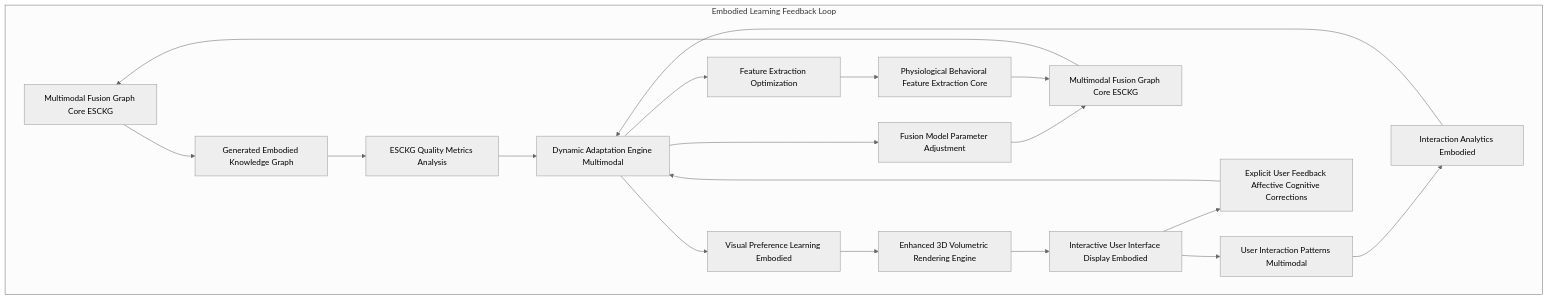
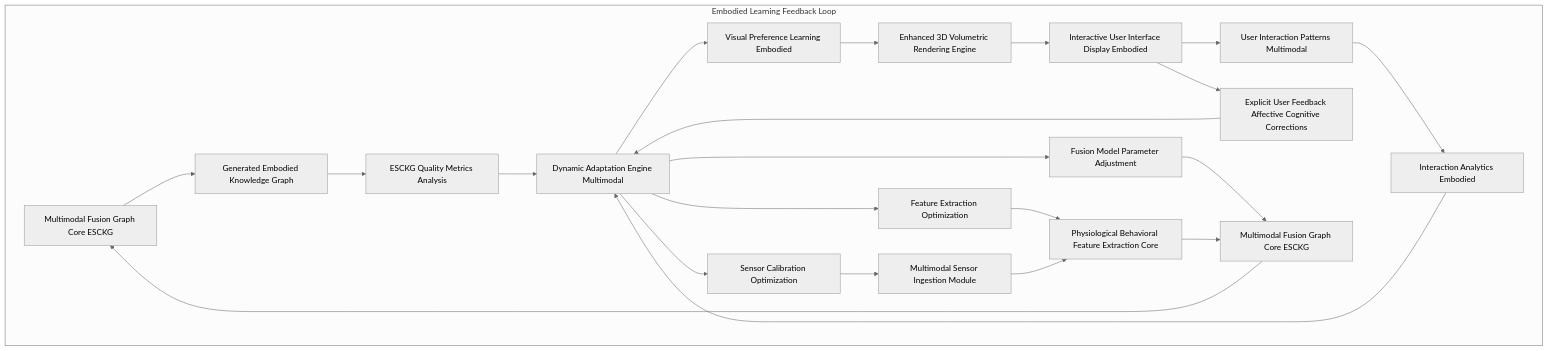
One commit to diplomat-bit/Citibank_Demo_Business_Inc_Demonstration- changed the eighth of 9 diagrams in inventions/inventions/012_holographic_meeting_scribe/014_multimodal_somatic_cognitive_graph_integration.md. Above: the diagram before and after it, drawn with Mermaid (neutral theme). The commit also changed other lines of this file, not shown here.

Commit message:
[AI] Edit: inventions/inventions/012_holographic_meeting_scribe/014_multimodal_somatic_cognitive_graph_integration.md

````diff
--- a/inventions/inventions/012_holographic_meeting_scribe/014_multimodal_somatic_cognitive_graph_integration.md
+++ b/inventions/inventions/012_holographic_meeting_scribe/014_multimodal_somatic_cognitive_graph_integration.md
@@ -463,27 +731,30 @@
 ```mermaid
 graph TD
     subgraph Embodied Learning Feedback Loop
         ESCKG_GEN[Multimodal Fusion Graph Core ESCKG] --> ESCKG_OUTPUT[Generated Embodied Knowledge Graph];
         UI_DISP_E[Interactive User Interface Display Embodied] --> USER_INTERACTION_E[User Interaction Patterns Multimodal];
         UI_DISP_E --> EXPLICIT_FEEDBACK_E[Explicit User Feedback Affective Cognitive Corrections];
         
         ESCKG_OUTPUT --> METRICS_ANALYSIS_E[ESCKG Quality Metrics Analysis];
         USER_INTERACTION_E --> INTERACTION_ANALYTICS_E[Interaction Analytics Embodied];
 
         METRICS_ANALYSIS_E --> ADAPT_ENGINE_E[Dynamic Adaptation Engine Multimodal];
         INTERACTION_ANALYTICS_E --> ADAPT_ENGINE_E;
         EXPLICIT_FEEDBACK_E --> ADAPT_ENGINE_E;
 
         ADAPT_ENGINE_E --> FUSION_MODEL_UPDATE[Fusion Model Parameter Adjustment];
         ADAPT_ENGINE_E --> FEAT_EXTRACT_OPT[Feature Extraction Optimization];
         ADAPT_ENGINE_E --> VISUAL_PREFS_E[Visual Preference Learning Embodied];
+        ADAPT_ENGINE_E --> SENSOR_CALIBRATION_OPT[Sensor Calibration Optimization];
 
         FUSION_MODEL_UPDATE --> FUSION_CORE[Multimodal Fusion Graph Core ESCKG];
         FEAT_EXTRACT_OPT --> S_FEAT_EXTRACT[Physiological Behavioral Feature Extraction Core];
         VISUAL_PREFS_E --> E_REND[Enhanced 3D Volumetric Rendering Engine];
+        SENSOR_CALIBRATION_OPT --> S_MM_INGEST[Multimodal Sensor Ingestion Module];
 
         FUSION_CORE --> ESCKG_GEN;
         S_FEAT_EXTRACT --> FUSION_CORE;
         E_REND --> UI_DISP_E;
+        S_MM_INGEST --> S_FEAT_EXTRACT;
     end
 ```
````
